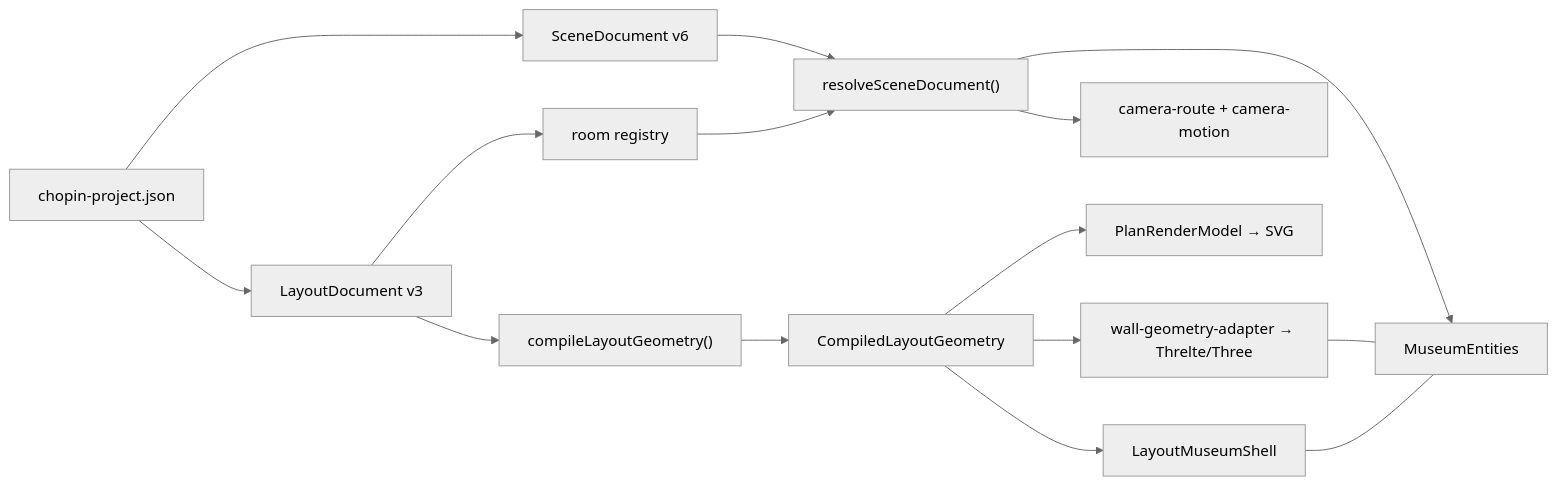
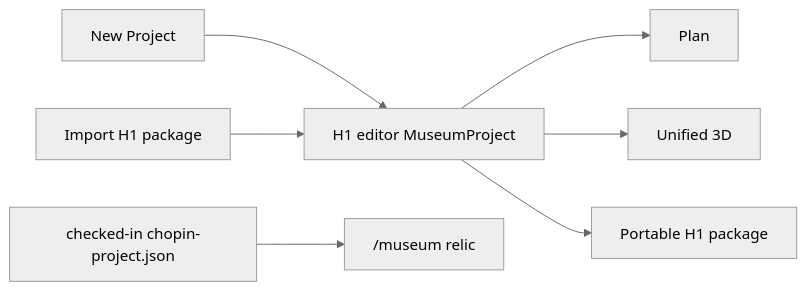
The diagram in docs/architecture.md (toni8699/Museum), drawn with Mermaid (neutral theme) before and after one commit. The commit also changed other lines of this file and 49 other files, not shown here.

Commit message:
G4 land, H1 rewrite, chopin museum/editor frozen relic

````diff
--- a/docs/architecture.md
+++ b/docs/architecture.md
@@ -30,17 +12,10 @@
 ```mermaid
 flowchart LR
-  project["chopin-project.json"] --> layout["LayoutDocument v3"]
-  project --> scene["SceneDocument v6"]
-  layout --> registry["room registry"]
-  layout --> compile["compileLayoutGeometry()"]
-  compile --> compiled["CompiledLayoutGeometry"]
-  compiled --> shell["LayoutMuseumShell"]
-  scene --> resolve["resolveSceneDocument()"]
-  registry --> resolve
-  resolve --> entities["MuseumEntities"]
-  resolve --> motion["camera-route + camera-motion"]
-  compiled --> plan["PlanRenderModel → SVG"]
-  compiled --> three["wall-geometry-adapter → Threlte/Three"]
-  three --- entities
-  shell --- entities
+  New["New Project"] --> Session["H1 editor MuseumProject"]
+  Import["Import H1 package"] --> Session
+  Session --> Plan["Plan"]
+  Session --> Three["Unified 3D"]
+  Session --> Export["Portable H1 package"]
+
+  Chopin["checked-in chopin-project.json"] --> Visitor["/museum relic"]
 ```
````
